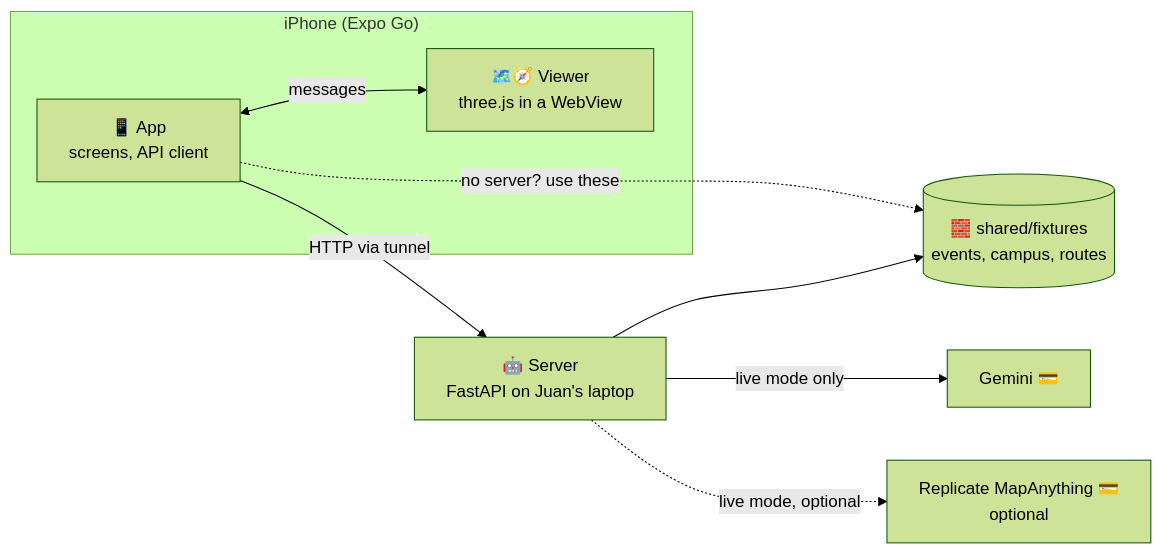
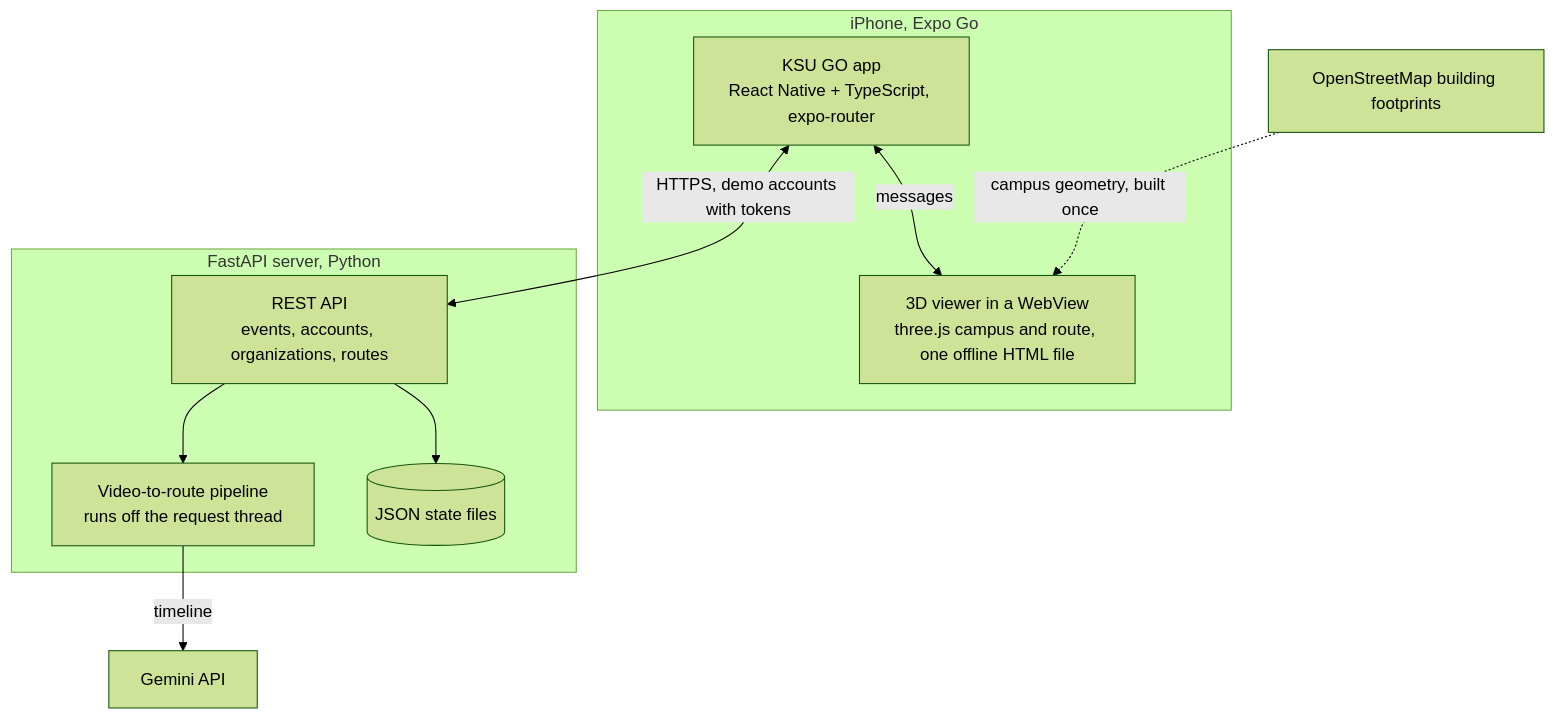
One commit to chernohb23/KSU-GO changed the first of 6 diagrams in README.md. Above: the diagram before and after it, drawn with Mermaid (forest theme). The commit also changed other lines of this file and 1 other file, not shown here.

````diff
--- a/README.md
+++ b/README.md
@@ -17,18 +26,18 @@
 ```mermaid
-flowchart LR
-    subgraph phone["iPhone (Expo Go)"]
-        app["📱 App<br/>screens, API client"]
-        viewer["🗺️🧭 Viewer<br/>three.js in a WebView"]
-        app <-->|messages| viewer
-    end
-    fixtures[("🧱 shared/fixtures<br/>events, campus, routes")]
-    server["🤖 Server<br/>FastAPI on Juan's laptop"]
-    gemini["Gemini 💳"]
-    replicate["Replicate MapAnything 💳<br/>optional"]
-
-    app -->|HTTP via tunnel| server
-    app -.->|no server? use these| fixtures
-    server --> fixtures
-    server -->|live mode only| gemini
-    server -.->|live mode, optional| replicate
+flowchart TB
+  subgraph Phone[iPhone, Expo Go]
+    App[KSU GO app<br/>React Native + TypeScript, expo-router]
+    Viewer[3D viewer in a WebView<br/>three.js campus and route, one offline HTML file]
+    App <-->|messages| Viewer
+  end
+  subgraph Server[FastAPI server, Python]
+    API[REST API<br/>events, accounts, organizations, routes]
+    Pipe[Video-to-route pipeline<br/>runs off the request thread]
+    Store[(JSON state files)]
+    API --> Store
+    API --> Pipe
+  end
+  App <-->|HTTPS, demo accounts with tokens| API
+  Pipe -->|timeline| Gemini[Gemini API]
+  OSM[OpenStreetMap building footprints] -.->|campus geometry, built once| Viewer
 ```
````
